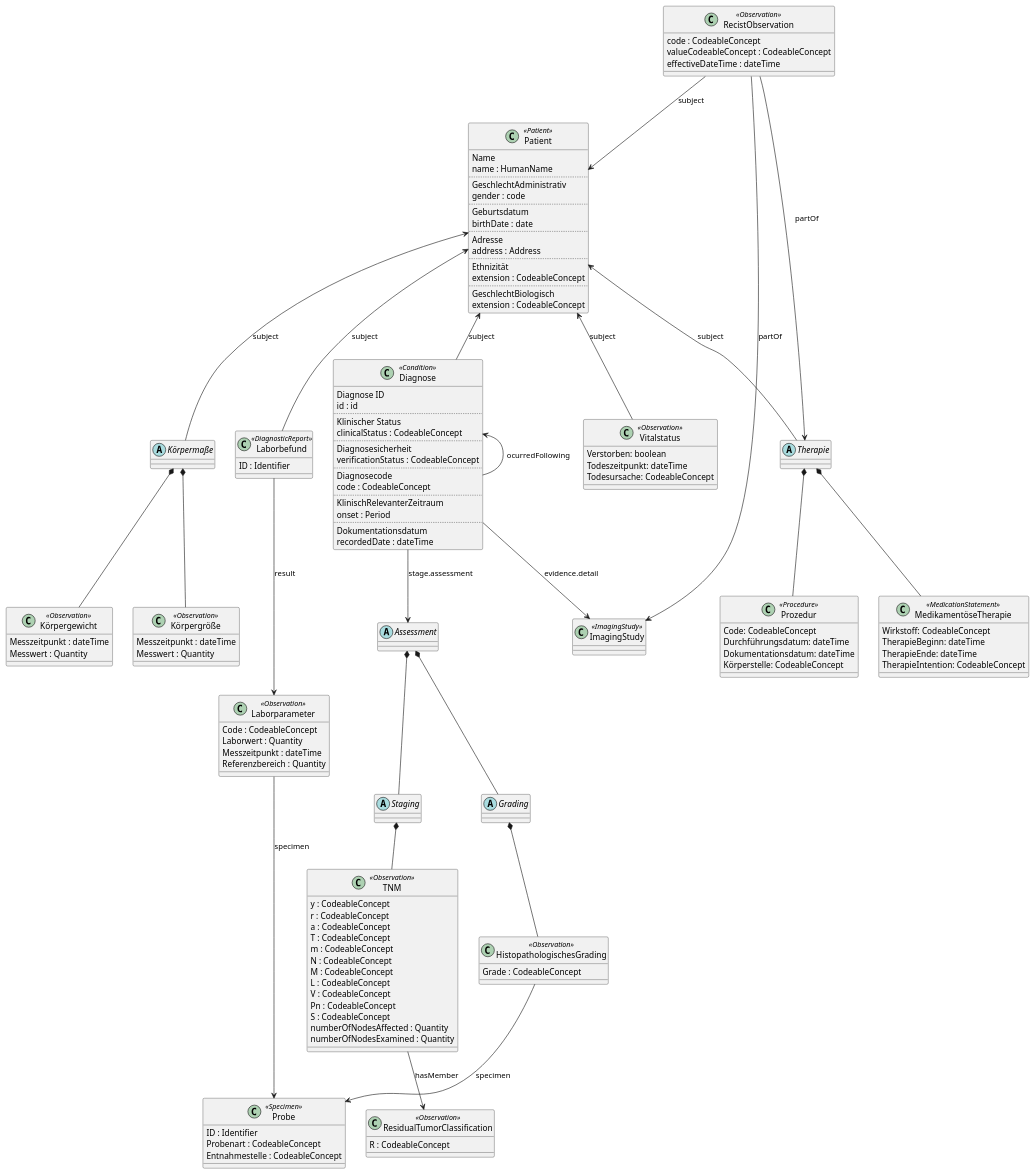
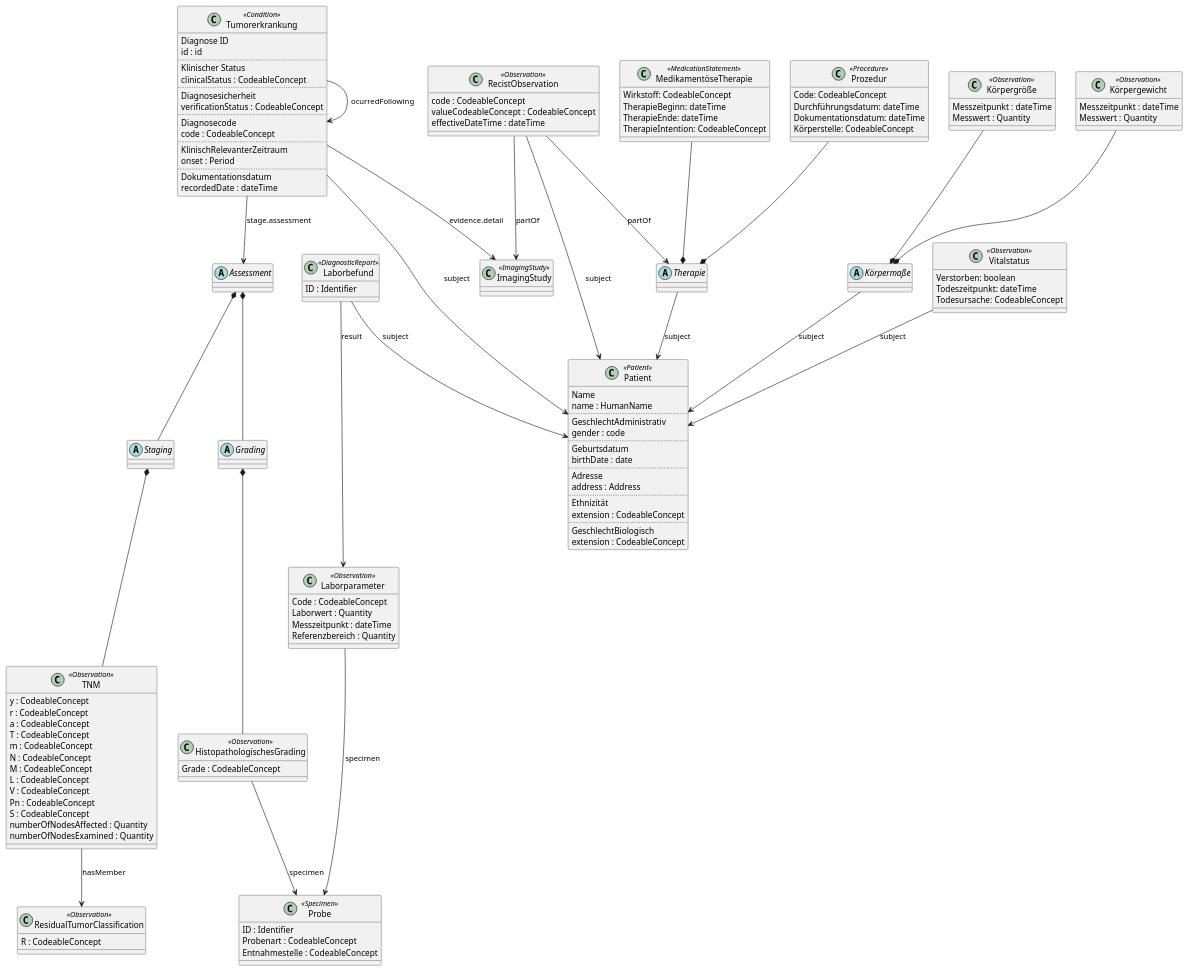
One commit to vision-zero-oncology/GOLD changed the diagram in input/images/model.puml. Above: the diagram before and after it, drawn with PlantUML.

Commit message:
Renamed condition, changed uml grouping

```diff
--- a/input/images/model.puml
+++ b/input/images/model.puml
@@ -1,181 +1,186 @@
 @startuml "GOLD"
 skinparam groupInheritance 2
 
 class Patient <<Patient>> {
     Name
     name : HumanName
     ..
     GeschlechtAdministrativ
     gender : code
     ..
     Geburtsdatum
     birthDate : date
     ..
     Adresse
     address : Address
     ..
     Ethnizität
     extension : CodeableConcept
     ..
     GeschlechtBiologisch
     extension : CodeableConcept
 }
 
 class Vitalstatus <<Observation>> {
     Verstorben: boolean
     Todeszeitpunkt: dateTime
     Todesursache: CodeableConcept
 }
 
-Patient <-- Vitalstatus : subject
+Vitalstatus --> Patient : subject
 
 abstract Körpermaße {
 
 }
 
-Patient <-- Körpermaße : subject
+Körpermaße --> Patient : subject
 
 class Körpergröße <<Observation>> {
     Messzeitpunkt : dateTime
     Messwert : Quantity
 }
 
-Körpermaße *-- Körpergröße
+Körpergröße --* Körpermaße
 
 class Körpergewicht <<Observation>> {
     Messzeitpunkt : dateTime
     Messwert : Quantity
 }
 
-Körpermaße *-- Körpergewicht
+Körpergewicht --* Körpermaße
 
-class Diagnose <<Condition>> {
+class Tumorerkrankung <<Condition>> {
     Diagnose ID
     id : id
     ..
     Klinischer Status
     clinicalStatus : CodeableConcept
     ..
     Diagnosesicherheit
     verificationStatus : CodeableConcept
     ..
     Diagnosecode
     code : CodeableConcept
     ..
     KlinischRelevanterZeitraum
     onset : Period
     ..
     Dokumentationsdatum
     recordedDate : dateTime
 }
 
-Diagnose --> ImagingStudy : evidence.detail
-Patient <-- Diagnose : subject
-Diagnose <-- Diagnose : "ocurredFollowing"
+Tumorerkrankung --> ImagingStudy : evidence.detail
+Tumorerkrankung --> Patient : subject
+Tumorerkrankung --> Tumorerkrankung : "ocurredFollowing"
+Tumorerkrankung --> Assessment : stage.assessment
 
 class RecistObservation <<Observation>> {
     code : CodeableConcept
     valueCodeableConcept : CodeableConcept
     effectiveDateTime : dateTime
 }
 
 RecistObservation --> Patient : subject
+RecistObservation --> ImagingStudy : partOf
+RecistObservation --> Therapie : partOf
 
 class Laborbefund <<DiagnosticReport>> {
     ID : Identifier
 }
 
-Patient <-- Laborbefund : subject
+Laborbefund --> Patient : subject
+Laborbefund --> Laborparameter : result
 
 class ImagingStudy <<ImagingStudy>> {
 
 }
 
-RecistObservation --> ImagingStudy : partOf
-RecistObservation --> Therapie : partOf
 
 class Laborparameter <<Observation>> {
     Code : CodeableConcept
     Laborwert : Quantity
     Messzeitpunkt : dateTime
     Referenzbereich : Quantity
 }
 
+Laborparameter --> Probe : specimen
+
 class Probe <<Specimen>> {
     ID : Identifier
     Probenart : CodeableConcept
     Entnahmestelle : CodeableConcept
 }
 
-Laborbefund --> Laborparameter : result
-Laborparameter --> Probe : specimen
-
 abstract Assessment {
 
 }
+
+Assessment *-- Staging
+Assessment *-- Grading
 
 abstract Staging {
 
 }
 
+Staging *-- TNM
+
 abstract Grading {
 
 }
+
+Grading *-- HistopathologischesGrading
 
 class TNM <<Observation>> {
     y : CodeableConcept
     r : CodeableConcept
     a : CodeableConcept
     T : CodeableConcept
     m : CodeableConcept
     N : CodeableConcept
     M : CodeableConcept
     L : CodeableConcept
     V : CodeableConcept
     Pn : CodeableConcept
     S : CodeableConcept
     numberOfNodesAffected : Quantity
     numberOfNodesExamined : Quantity
 }
 
+TNM --> ResidualTumorClassification : hasMember
+
 class ResidualTumorClassification <<Observation>> {
     R : CodeableConcept
 }
 
-TNM --> ResidualTumorClassification : hasMember
 
 class HistopathologischesGrading <<Observation>> {
     Grade : CodeableConcept
 }
 
-Assessment *-- Staging
-Assessment *-- Grading
-Staging *-- TNM
-Grading *-- HistopathologischesGrading
-Diagnose --> Assessment : stage.assessment
 HistopathologischesGrading --> Probe : specimen
 
 abstract Therapie {
 
 }
+
+Therapie --> Patient : subject
 
 class Prozedur <<Procedure>> {
     Code: CodeableConcept
     Durchführungsdatum: dateTime
     Dokumentationsdatum: dateTime
     Körperstelle: CodeableConcept
 }
 
-Therapie *-- Prozedur
+Prozedur --* Therapie
 
 class MedikamentöseTherapie <<MedicationStatement>> {
     Wirkstoff: CodeableConcept
     TherapieBeginn: dateTime
     TherapieEnde: dateTime
     TherapieIntention: CodeableConcept
 }
 
-Therapie *-- MedikamentöseTherapie
-Patient <-- Therapie : subject
+MedikamentöseTherapie --* Therapie
 
 @enduml
```
